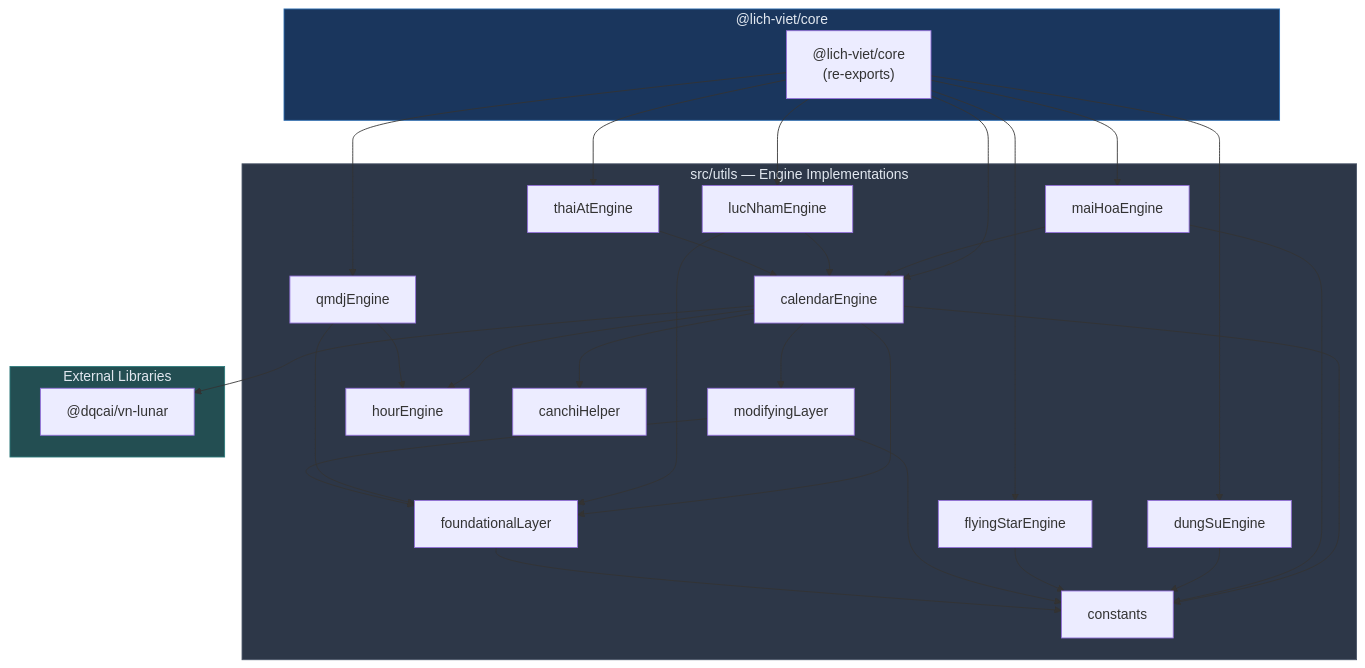
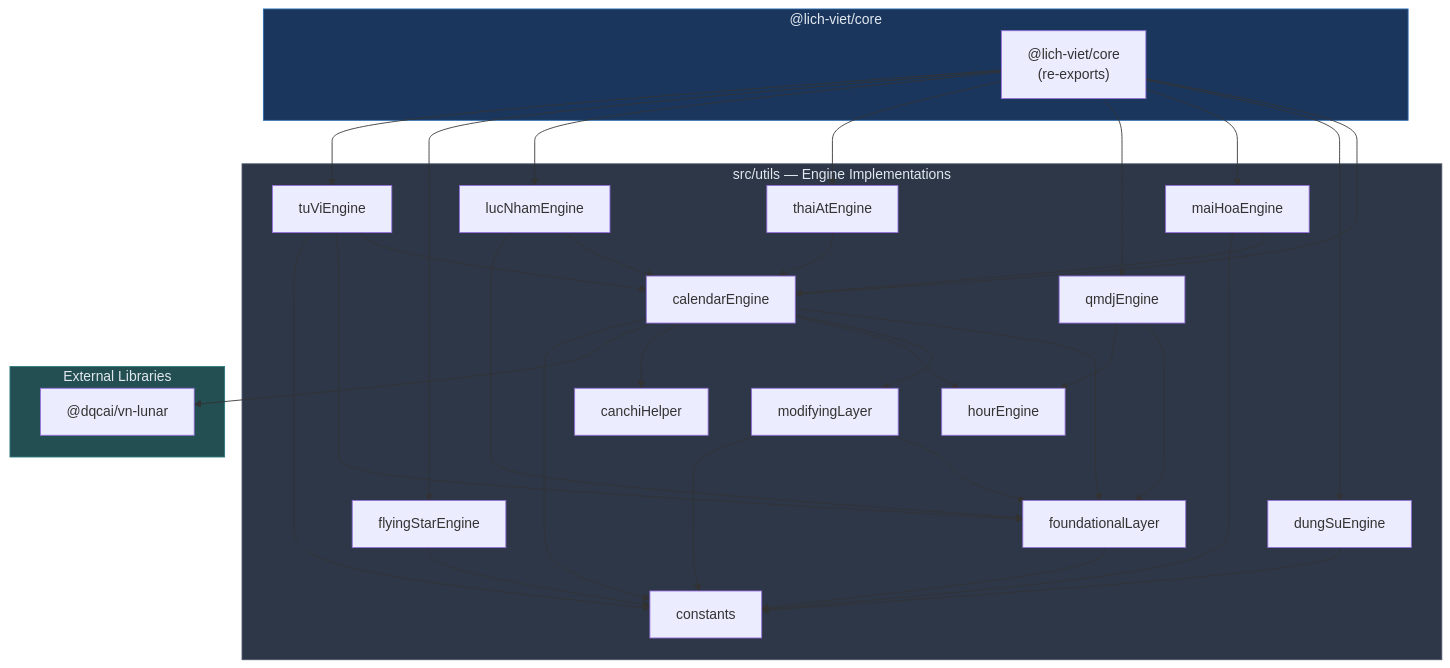
The second of 3 diagrams in docs/tech/ARCHITECTURE.md (jakessteve/lich-viet), drawn with Mermaid before and after one commit. The commit also changed other lines of this file and 490 other files, not shown here.

````diff
--- a/docs/tech/ARCHITECTURE.md
+++ b/docs/tech/ARCHITECTURE.md
@@ -194,43 +198,45 @@
 ```mermaid
 graph TD
     subgraph Packages["@lich-viet/core"]
         Core["@lich-viet/core<br/>(re-exports)"]
     end
 
     subgraph Utils["src/utils — Engine Implementations"]
         CalEngine["calendarEngine"]
         MaiHoaEng["maiHoaEngine"]
         LucNhamEng["lucNhamEngine"]
         QMDJEng["qmdjEngine"]
         ThaiAtEng["thaiAtEngine"]
         DungSuEng["dungSuEngine"]
         FlyingStarEng["flyingStarEngine"]
+        TuViEng["tuViEngine"]
 
         FoundLayer["foundationalLayer"]
         ModLayer["modifyingLayer"]
         HourEng["hourEngine"]
         CanChi["canchiHelper"]
         Constants["constants"]
     end
 
     subgraph External["External Libraries"]
         VnLunar["@dqcai/vn-lunar"]
     end
 
-    Core --> CalEngine & DungSuEng & MaiHoaEng & QMDJEng & ThaiAtEng & LucNhamEng & FlyingStarEng
+    Core --> CalEngine & DungSuEng & MaiHoaEng & QMDJEng & ThaiAtEng & LucNhamEng & FlyingStarEng & TuViEng
 
     CalEngine --> FoundLayer & ModLayer & HourEng & CanChi & VnLunar & Constants
     MaiHoaEng --> CalEngine & Constants
     LucNhamEng --> CalEngine & FoundLayer
     QMDJEng --> FoundLayer & HourEng
     ThaiAtEng --> CalEngine
     DungSuEng --> Constants
     FlyingStarEng --> Constants
+    TuViEng --> CalEngine & FoundLayer & Constants
 
     ModLayer --> FoundLayer & Constants
     FoundLayer --> Constants
 
     style Packages fill:#1a365d,stroke:#2b6cb0,color:#e2e8f0
     style Utils fill:#2d3748,stroke:#4a5568,color:#e2e8f0
     style External fill:#234e52,stroke:#2c7a7b,color:#e2e8f0
 ```
````
